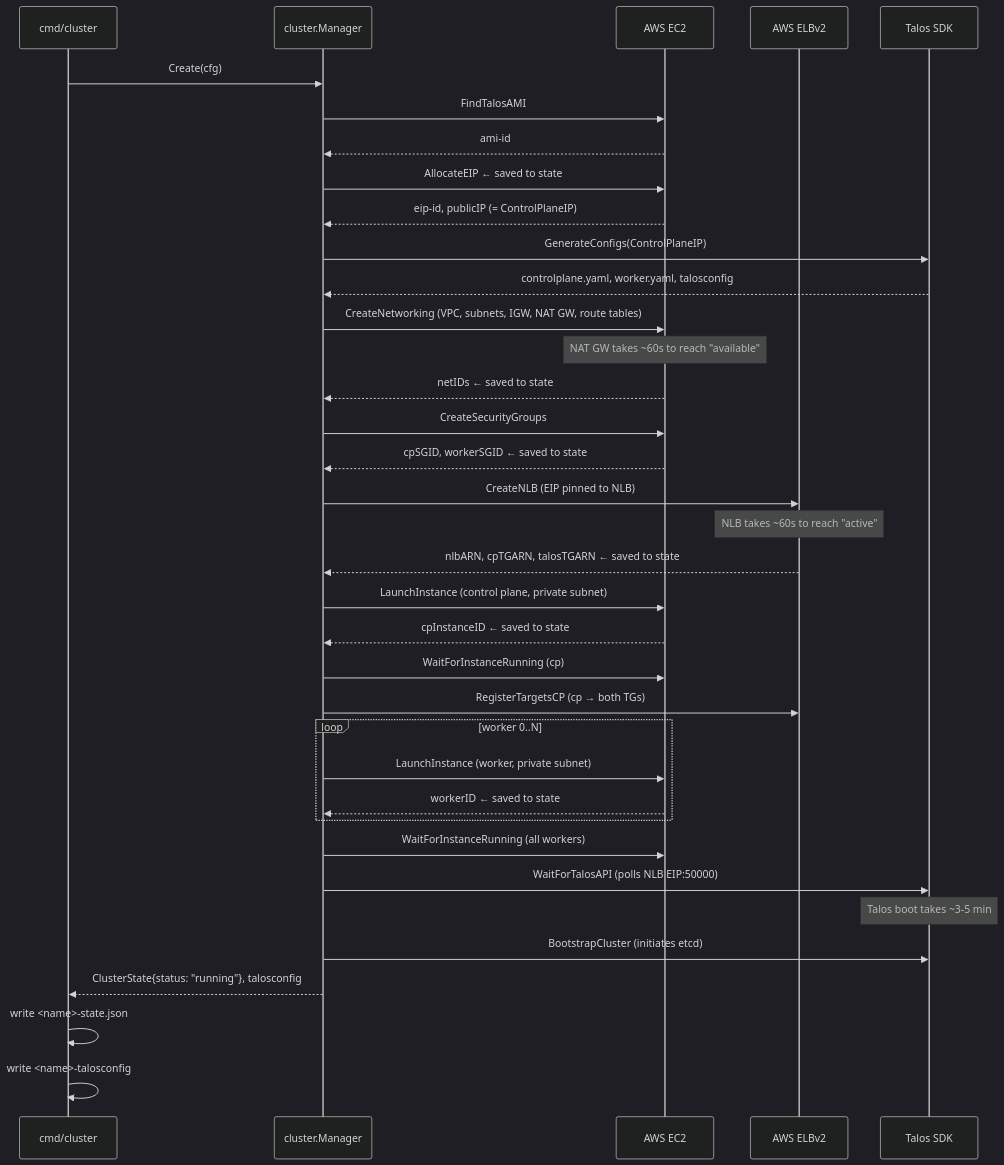
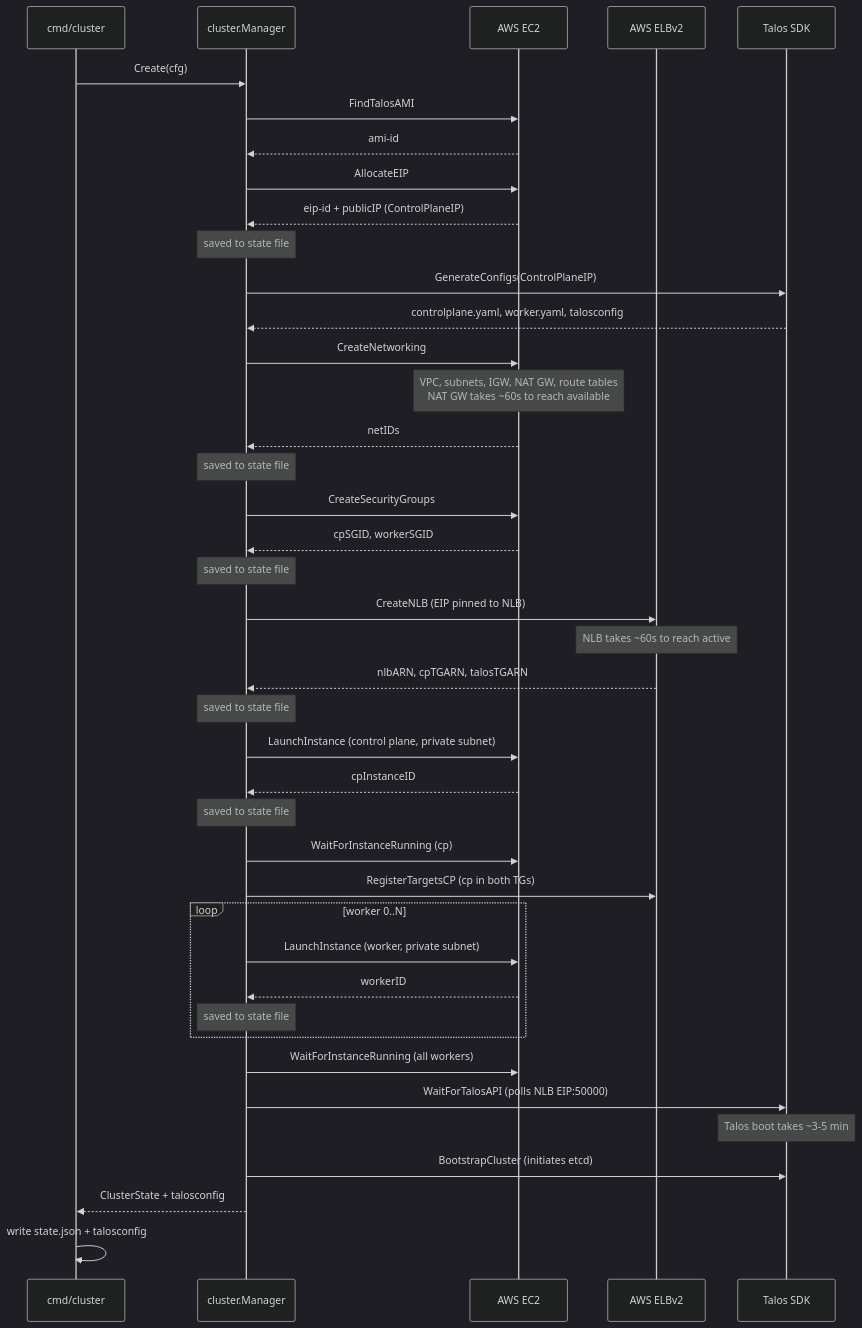
Before and after one commit to k8soneill/k8s-mcp: the third of 4 diagrams in docs/architecture.md, drawn with Mermaid (dark theme). The commit also changed other lines of this file, not shown here.

Commit message:
Updated mermaid diagram

````diff
--- a/docs/architecture.md
+++ b/docs/architecture.md
@@ -85,53 +86,57 @@
 ```mermaid
 sequenceDiagram
     participant CLI as cmd/cluster
     participant MGR as cluster.Manager
     participant AWS as AWS EC2
     participant ELB as AWS ELBv2
     participant TAL as Talos SDK
 
     CLI->>MGR: Create(cfg)
 
     MGR->>AWS: FindTalosAMI
     AWS-->>MGR: ami-id
 
-    MGR->>AWS: AllocateEIP  ← saved to state
-    AWS-->>MGR: eip-id, publicIP (= ControlPlaneIP)
+    MGR->>AWS: AllocateEIP
+    AWS-->>MGR: eip-id + publicIP (ControlPlaneIP)
+    Note over MGR: saved to state file
 
     MGR->>TAL: GenerateConfigs(ControlPlaneIP)
     TAL-->>MGR: controlplane.yaml, worker.yaml, talosconfig
 
-    MGR->>AWS: CreateNetworking (VPC, subnets, IGW, NAT GW, route tables)
-    Note over AWS: NAT GW takes ~60s to reach "available"
-    AWS-->>MGR: netIDs  ← saved to state
+    MGR->>AWS: CreateNetworking
+    Note over AWS: VPC, subnets, IGW, NAT GW, route tables<br/>NAT GW takes ~60s to reach available
+    AWS-->>MGR: netIDs
+    Note over MGR: saved to state file
 
     MGR->>AWS: CreateSecurityGroups
-    AWS-->>MGR: cpSGID, workerSGID  ← saved to state
+    AWS-->>MGR: cpSGID, workerSGID
+    Note over MGR: saved to state file
 
     MGR->>ELB: CreateNLB (EIP pinned to NLB)
-    Note over ELB: NLB takes ~60s to reach "active"
-    ELB-->>MGR: nlbARN, cpTGARN, talosTGARN  ← saved to state
+    Note over ELB: NLB takes ~60s to reach active
+    ELB-->>MGR: nlbARN, cpTGARN, talosTGARN
+    Note over MGR: saved to state file
 
     MGR->>AWS: LaunchInstance (control plane, private subnet)
-    AWS-->>MGR: cpInstanceID  ← saved to state
+    AWS-->>MGR: cpInstanceID
+    Note over MGR: saved to state file
 
     MGR->>AWS: WaitForInstanceRunning (cp)
-
-    MGR->>ELB: RegisterTargetsCP (cp → both TGs)
+    MGR->>ELB: RegisterTargetsCP (cp in both TGs)
 
     loop worker 0..N
         MGR->>AWS: LaunchInstance (worker, private subnet)
-        AWS-->>MGR: workerID  ← saved to state
+        AWS-->>MGR: workerID
+        Note over MGR: saved to state file
     end
 
     MGR->>AWS: WaitForInstanceRunning (all workers)
 
     MGR->>TAL: WaitForTalosAPI (polls NLB EIP:50000)
     Note over TAL: Talos boot takes ~3-5 min
 
     MGR->>TAL: BootstrapCluster (initiates etcd)
 
-    MGR-->>CLI: ClusterState{status: "running"}, talosconfig
-    CLI->>CLI: write <name>-state.json
-    CLI->>CLI: write <name>-talosconfig
+    MGR-->>CLI: ClusterState + talosconfig
+    CLI->>CLI: write state.json + talosconfig
 ```
````
